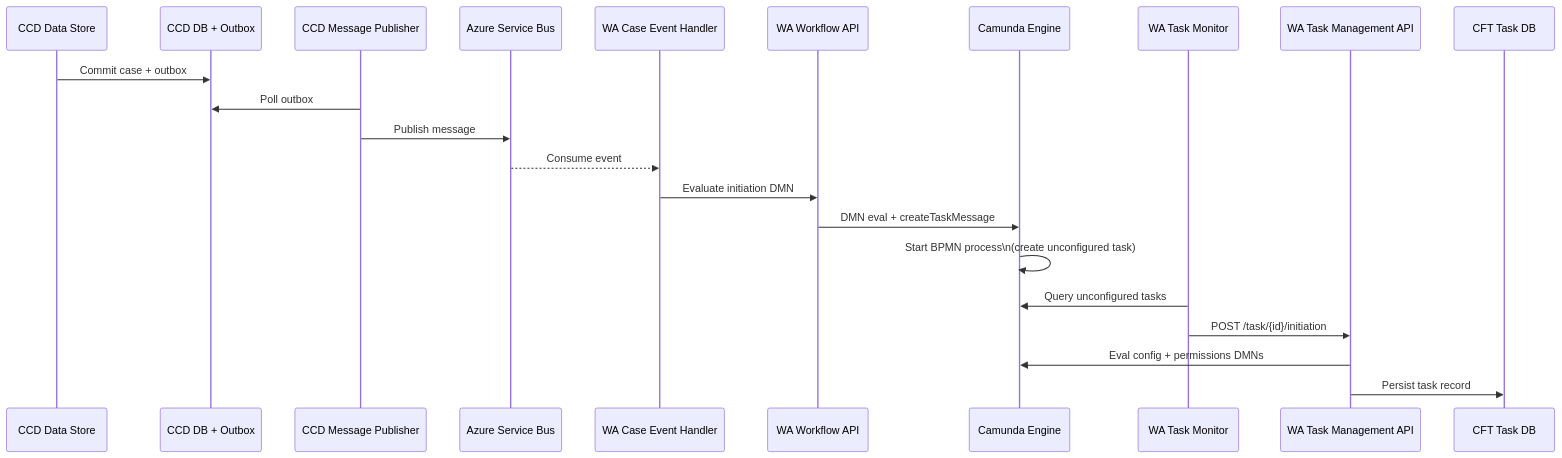
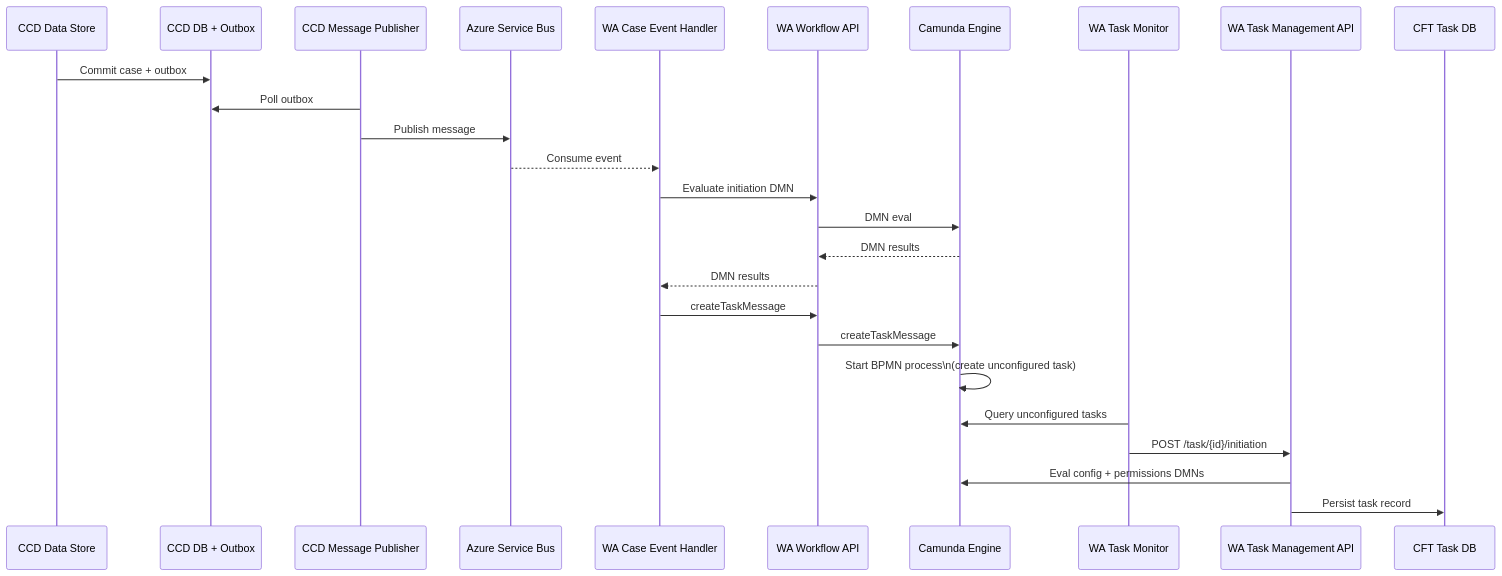
Before and after one commit to hmcts/dtsse-ccd-config-generator: the first of 2 diagrams in docs/task-management/overview.md, drawn with Mermaid.

Commit message:
fix as-is diagram inaccuracy

````diff
--- a/docs/task-management/overview.md
+++ b/docs/task-management/overview.md
@@ -14,25 +14,29 @@
 ```mermaid
 sequenceDiagram
   participant CCD as CCD Data Store
   participant CCDDB as CCD DB + Outbox
   participant CMP as CCD Message Publisher
   participant SB as Azure Service Bus
   participant WAEH as WA Case Event Handler
   participant WAWA as WA Workflow API
   participant CAM as Camunda Engine
   participant WATM as WA Task Monitor
   participant WATMGT as WA Task Management API
   participant CFTDB as CFT Task DB
 
   CCD->>CCDDB: Commit case + outbox
   CMP->>CCDDB: Poll outbox
   CMP->>SB: Publish message
   SB-->>WAEH: Consume event
   WAEH->>WAWA: Evaluate initiation DMN
-  WAWA->>CAM: DMN eval + createTaskMessage
+  WAWA->>CAM: DMN eval
+  CAM-->>WAWA: DMN results
+  WAWA-->>WAEH: DMN results
+  WAEH->>WAWA: createTaskMessage
+  WAWA->>CAM: createTaskMessage
   CAM->>CAM: Start BPMN process\n(create unconfigured task)
   WATM->>CAM: Query unconfigured tasks
   WATM->>WATMGT: POST /task/{id}/initiation
   WATMGT->>CAM: Eval config + permissions DMNs
   WATMGT->>CFTDB: Persist task record
 ```
````
